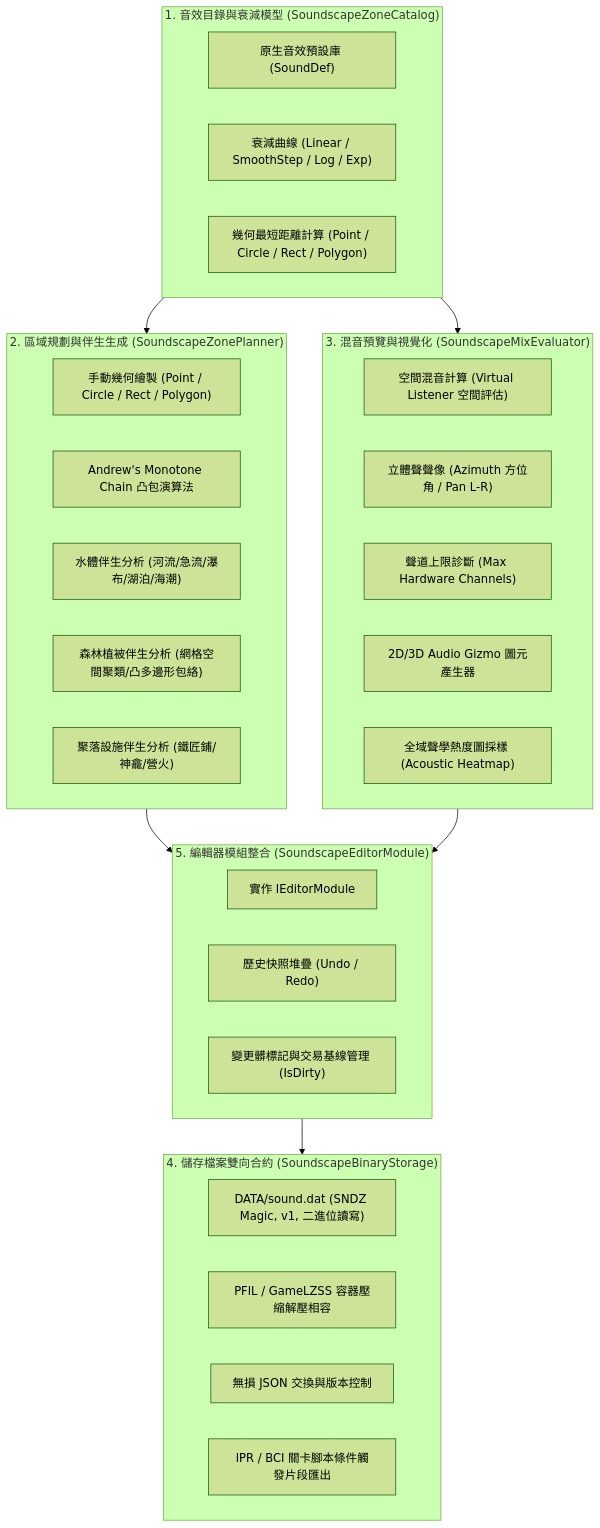
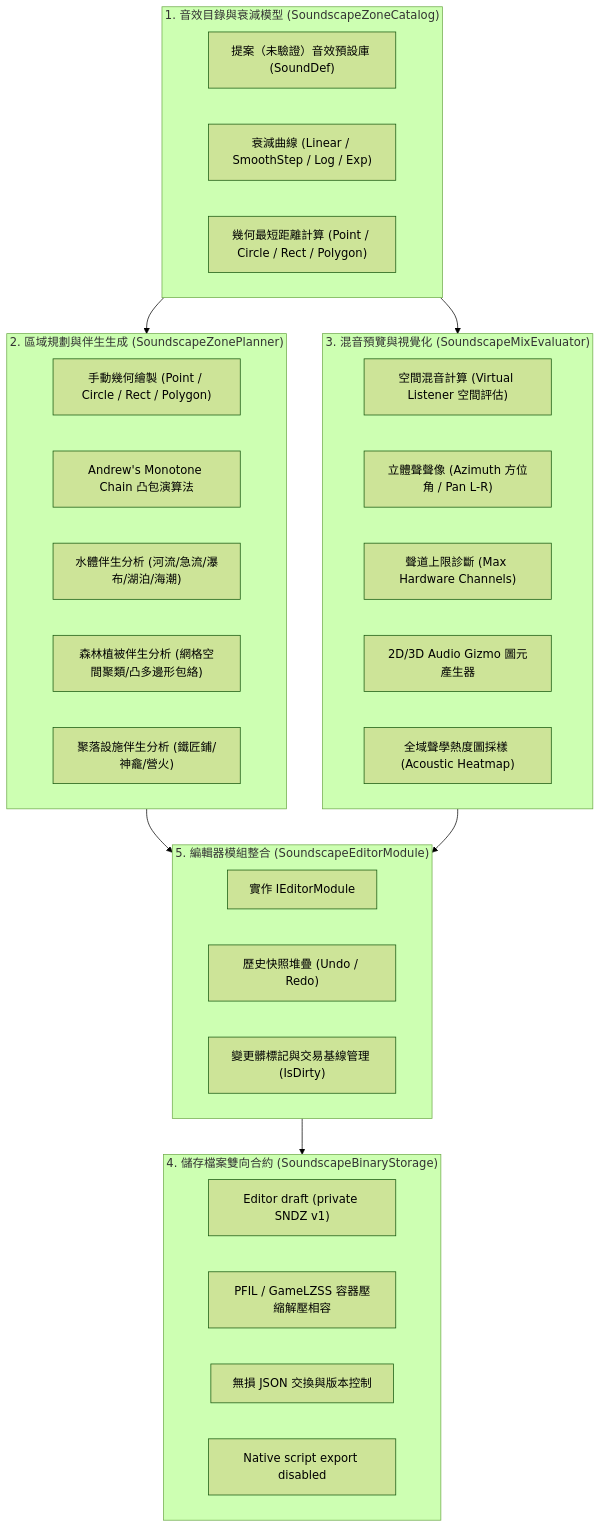
One commit to nojackno2-ctrl/AgainstRomeModifier changed the diagram in docs/map-editor-soundscape-zones-design.md. Above: the diagram before and after it, drawn with Mermaid (forest theme). The commit also changed other lines of this file and 6 other files, not shown here.

Commit message:
fix(soundscape): document native sound evidence and block unverified exports

````diff
--- a/docs/map-editor-soundscape-zones-design.md
+++ b/docs/map-editor-soundscape-zones-design.md
@@ -29,43 +31,43 @@
 ```mermaid
 flowchart TD
     subgraph Catalog ["1. 音效目錄與衰減模型 (SoundscapeZoneCatalog)"]
-        Presets["原生音效預設庫 (SoundDef)"]
+        Presets["提案（未驗證）音效預設庫 (SoundDef)"]
         Curves["衰減曲線 (Linear / SmoothStep / Log / Exp)"]
         DistAlgo["幾何最短距離計算 (Point / Circle / Rect / Polygon)"]
     end
 
     subgraph Planner ["2. 區域規劃與伴生生成 (SoundscapeZonePlanner)"]
         ManualEdit["手動幾何繪製 (Point / Circle / Rect / Polygon)"]
         ConvexHull["Andrew's Monotone Chain 凸包演算法"]
         HydroGen["水體伴生分析 (河流/急流/瀑布/湖泊/海潮)"]
         ForestGen["森林植被伴生分析 (網格空間聚類/凸多邊形包絡)"]
         SettleGen["聚落設施伴生分析 (鐵匠鋪/神龕/營火)"]
     end
 
     subgraph MixEval ["3. 混音預覽與視覺化 (SoundscapeMixEvaluator)"]
         Auditor["空間混音計算 (Virtual Listener 空間評估)"]
         Panning["立體聲聲像 (Azimuth 方位角 / Pan L-R)"]
         BudgetCheck["聲道上限診斷 (Max Hardware Channels)"]
         GizmoGen["2D/3D Audio Gizmo 圖元產生器"]
         HeatmapGen["全域聲學熱度圖採樣 (Acoustic Heatmap)"]
     end
 
     subgraph Storage ["4. 儲存檔案雙向合約 (SoundscapeBinaryStorage)"]
-        BinaryIO["DATA/sound.dat (SNDZ Magic, v1, 二進位讀寫)"]
+        BinaryIO["Editor draft (private SNDZ v1)"]
         PfilCodec["PFIL / GameLZSS 容器壓縮解壓相容"]
         JsonIO["無損 JSON 交換與版本控制"]
-        ScriptExport["IPR / BCI 關卡腳本條件觸發片段匯出"]
+        ScriptExport["Native script export disabled"]
     end
 
     subgraph SessionModule ["5. 編輯器模組整合 (SoundscapeEditorModule)"]
         IEdModule["實作 IEditorModule<SoundscapeSnapshot>"]
         UndoRedo["歷史快照堆疊 (Undo / Redo)"]
         DirtyTracking["變更髒標記與交易基線管理 (IsDirty)"]
     end
 
     Catalog --> Planner
     Catalog --> MixEval
     Planner --> SessionModule
     MixEval --> SessionModule
     SessionModule --> Storage
 ```
````
